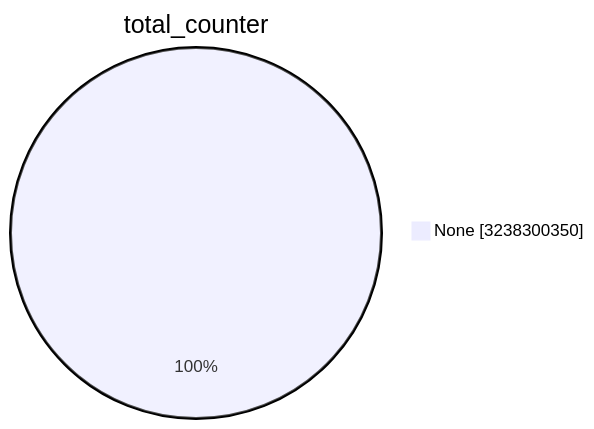
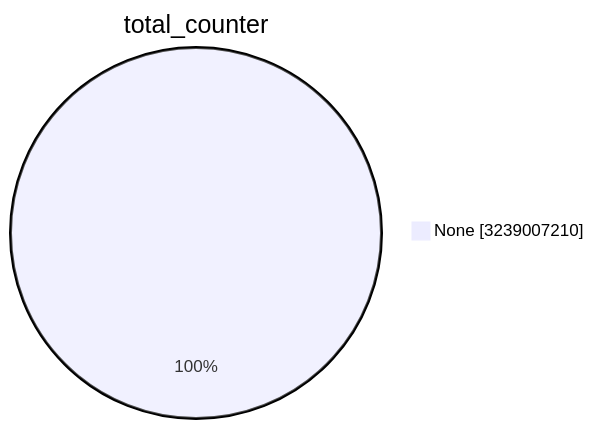
Before and after one commit to christiankrug/ctmonitor_visualization: the first of 15 diagrams in TOTAL/README.md, drawn with Mermaid. The commit also changed other lines of this file, not shown here.

````diff
--- a/TOTAL/README.md
+++ b/TOTAL/README.md
@@ -1,5 +1,5 @@
 ```mermaid
 pie showData
 title total_counter
-"None" :3238300350
+"None" :3239007210
 ```
````
